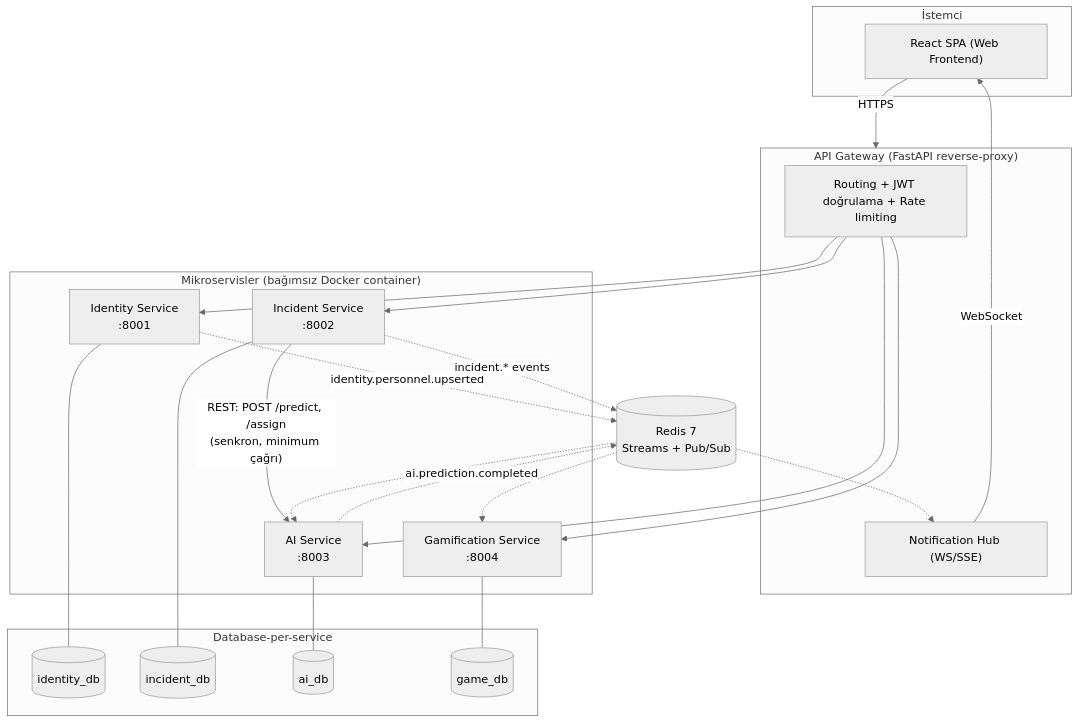
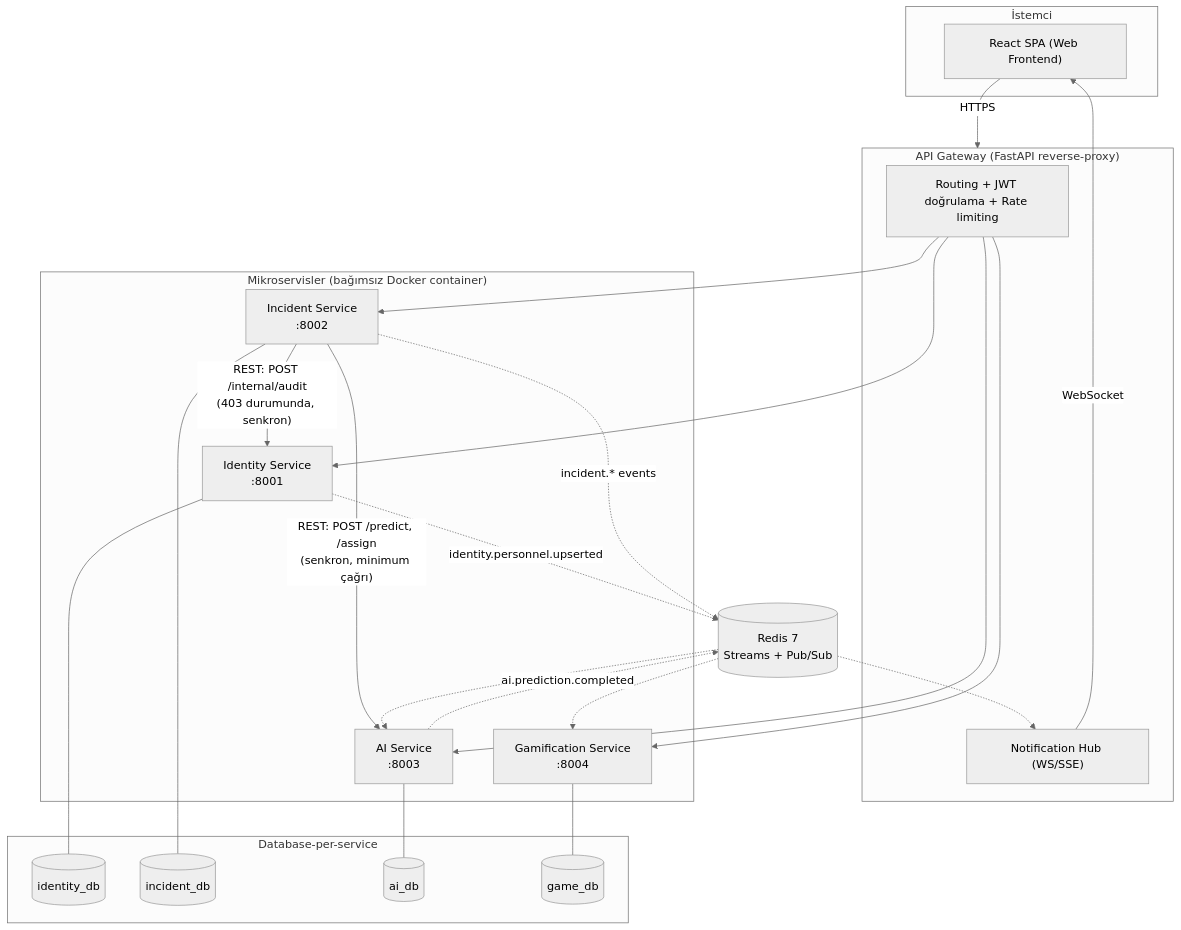
The first of 6 diagrams in ARCHITECTURE.md (Abdulsametklc/NetOpsCell), drawn with Mermaid (neutral theme) before and after one commit. The commit also changed 6 other files, not shown here.

````diff
--- a/ARCHITECTURE.md
+++ b/ARCHITECTURE.md
@@ -24,47 +24,48 @@
 ```mermaid
 flowchart TB
     subgraph Client["İstemci"]
         WEB["React SPA (Web Frontend)"]
     end
 
     subgraph GW["API Gateway (FastAPI reverse-proxy)"]
         RP["Routing + JWT doğrulama + Rate limiting"]
         NH["Notification Hub (WS/SSE)"]
     end
 
     subgraph Services["Mikroservisler (bağımsız Docker container)"]
         ID["Identity Service\n:8001"]
         INC["Incident Service\n:8002"]
         AI["AI Service\n:8003"]
         GAME["Gamification Service\n:8004"]
     end
 
     subgraph DBs["Database-per-service"]
         IDDB[(identity_db)]
         INCDB[(incident_db)]
         AIDB[(ai_db)]
         GAMEDB[(game_db)]
     end
 
     REDIS[("Redis 7\nStreams + Pub/Sub")]
 
     WEB -->|HTTPS| GW
     RP --> ID
     RP --> INC
     RP --> AI
     RP --> GAME
 
     ID --- IDDB
     INC --- INCDB
     AI --- AIDB
     GAME --- GAMEDB
 
     INC -- "REST: POST /predict, /assign\n(senkron, minimum çağrı)" --> AI
+    INC -- "REST: POST /internal/audit\n(403 durumunda, senkron)" --> ID
     ID -.->|"identity.personnel.upserted"| REDIS
     INC -.->|"incident.* events"| REDIS
     AI  -.->|"ai.prediction.completed"| REDIS
     REDIS -.-> AI
     REDIS -.-> GAME
     REDIS -.-> NH
     NH -->|WebSocket| WEB
 ```
````
